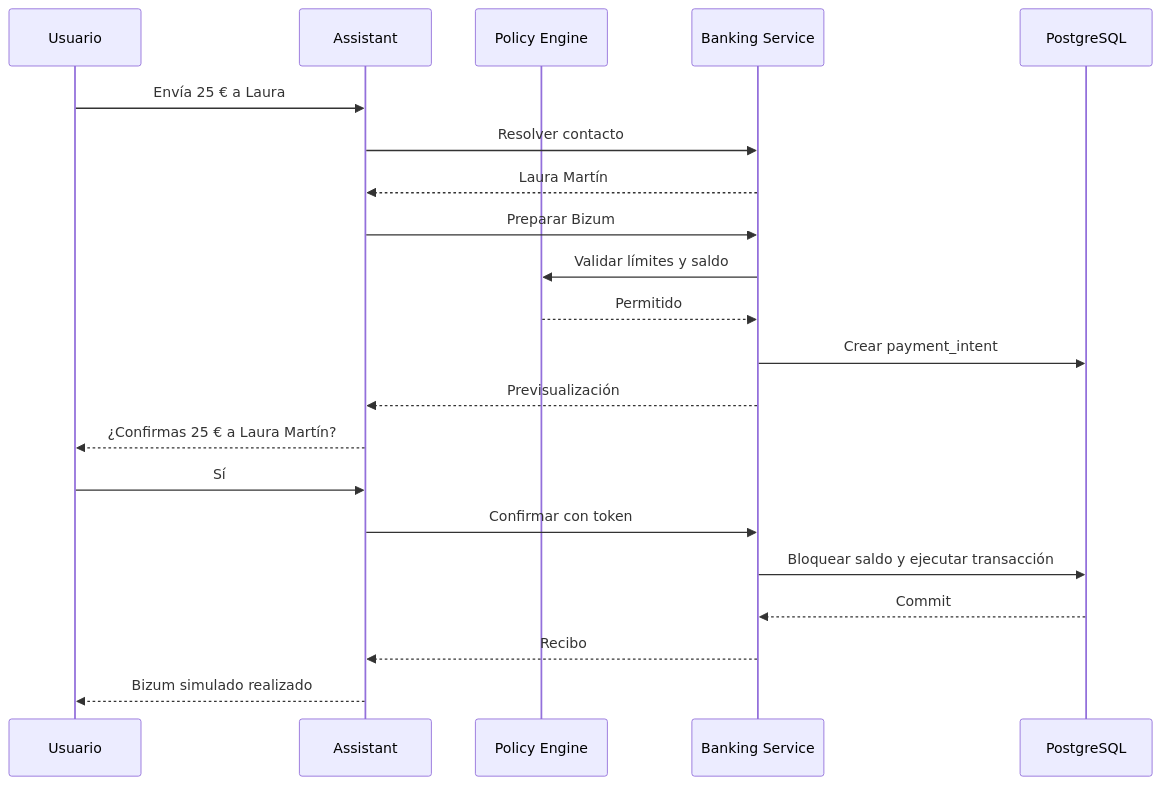
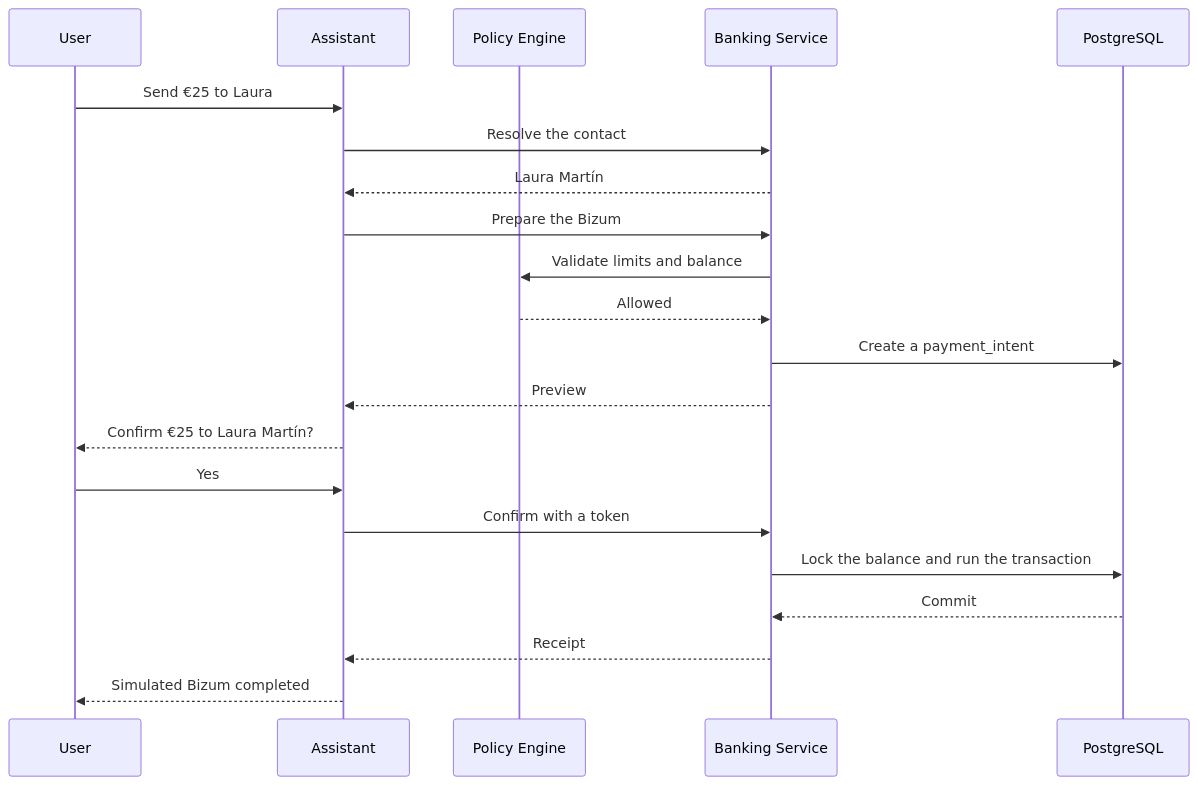
The fourth of 4 diagrams in docs/vision.md (adrianoggm/FinGuard), drawn with Mermaid before and after one commit. The commit also changed other lines of this file and 8 other files, not shown here.

````diff
--- a/docs/vision.md
+++ b/docs/vision.md
@@ -913,24 +913,24 @@
 ```mermaid
 sequenceDiagram
-    participant U as Usuario
+    participant U as User
     participant A as Assistant
     participant P as Policy Engine
     participant B as Banking Service
     participant DB as PostgreSQL
 
-    U->>A: Envía 25 € a Laura
-    A->>B: Resolver contacto
+    U->>A: Send €25 to Laura
+    A->>B: Resolve the contact
     B-->>A: Laura Martín
-    A->>B: Preparar Bizum
-    B->>P: Validar límites y saldo
-    P-->>B: Permitido
-    B->>DB: Crear payment_intent
-    B-->>A: Previsualización
-    A-->>U: ¿Confirmas 25 € a Laura Martín?
-    U->>A: Sí
-    A->>B: Confirmar con token
-    B->>DB: Bloquear saldo y ejecutar transacción
+    A->>B: Prepare the Bizum
+    B->>P: Validate limits and balance
+    P-->>B: Allowed
+    B->>DB: Create a payment_intent
+    B-->>A: Preview
+    A-->>U: Confirm €25 to Laura Martín?
+    U->>A: Yes
+    A->>B: Confirm with a token
+    B->>DB: Lock the balance and run the transaction
     DB-->>B: Commit
-    B-->>A: Recibo
-    A-->>U: Bizum simulado realizado
+    B-->>A: Receipt
+    A-->>U: Simulated Bizum completed
 ```
````
